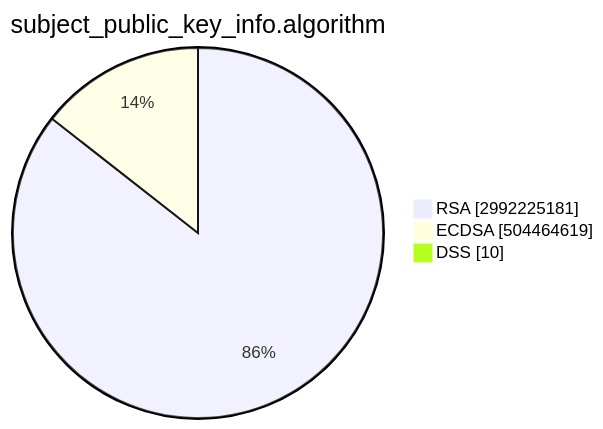
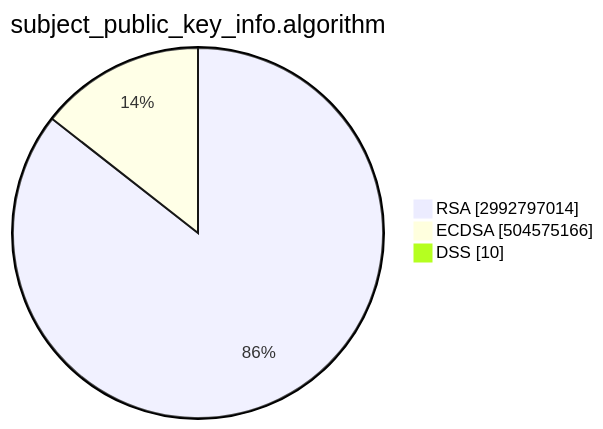
Before and after one commit to christiankrug/ctmonitor_visualization: the second of 15 diagrams in TOTAL/README.md, drawn with Mermaid. The commit also changed other lines of this file, not shown here.

````diff
--- a/TOTAL/README.md
+++ b/TOTAL/README.md
@@ -6,7 +6,7 @@
 ```mermaid
 pie showData
 title subject_public_key_info.algorithm
-"RSA" :2992225181
-"ECDSA" :504464619
+"RSA" :2992797014
+"ECDSA" :504575166
 "DSS" :10
 ```
````
